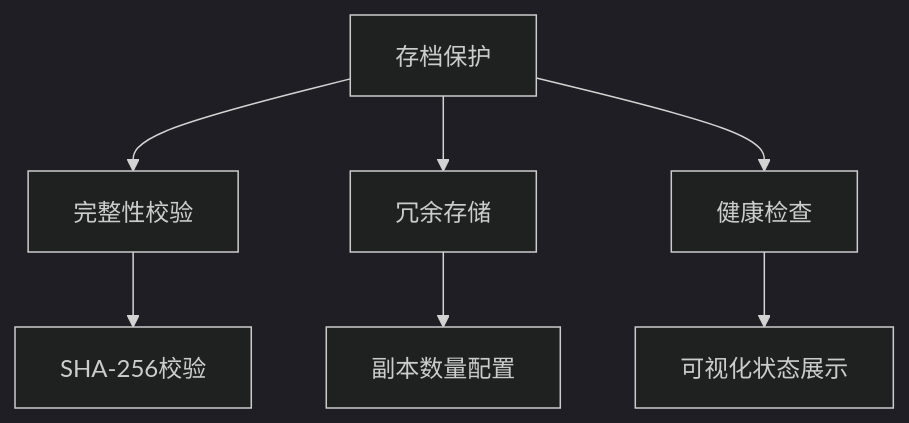
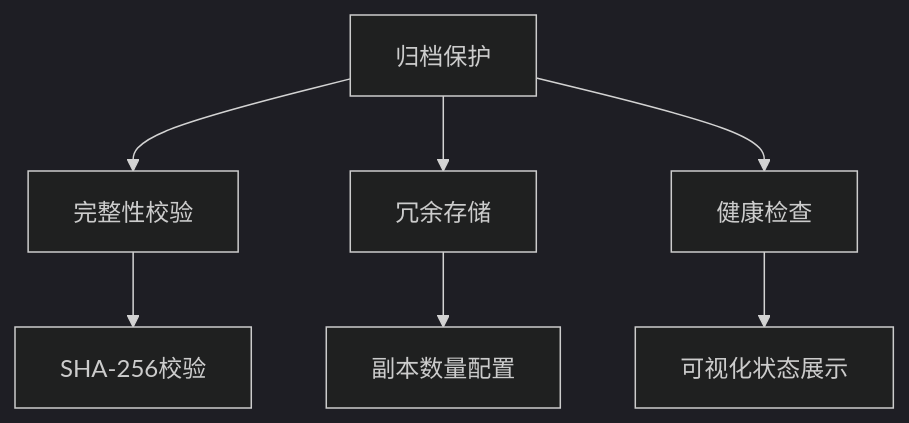
The diagram in docs/01-需求分析.md (cc01cc/OneArchive), drawn with Mermaid (dark theme) before and after one commit. The commit also changed other lines of this file and 147 other files, not shown here.

````diff
--- a/docs/01-需求分析.md
+++ b/docs/01-需求分析.md
@@ -74,9 +78,9 @@
 ```mermaid
 graph TD
-    A[存档保护] --> B[完整性校验]
+    A[归档保护] --> B[完整性校验]
     A --> C[冗余存储]
     A --> D[健康检查]
     B --> E[SHA-256校验]
     C --> F[副本数量配置]
     D --> G[可视化状态展示]
 ```
````
